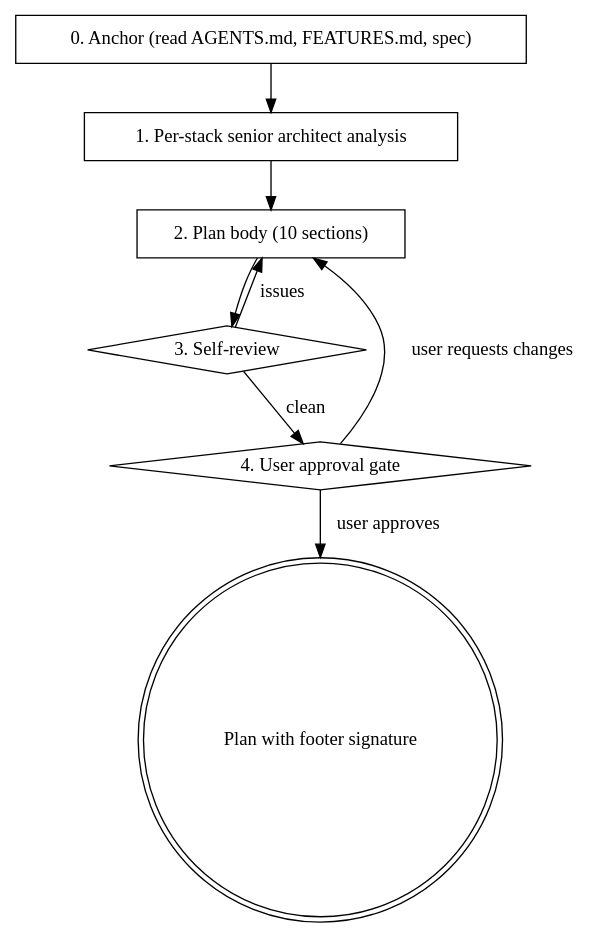
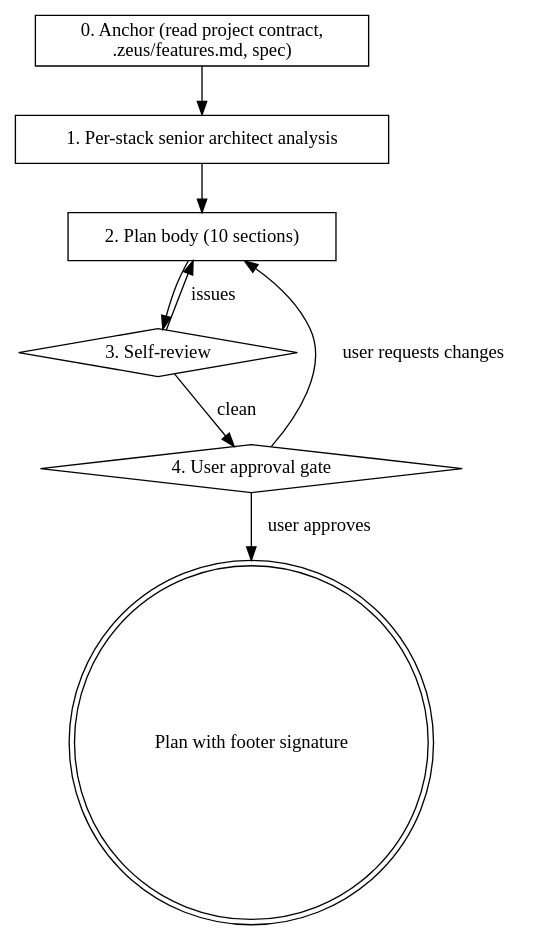
Before and after one commit to rainhan99/zeus: the diagram in skills/writing-plans/SKILL.md, drawn with Graphviz. The commit also changed other lines of this file and 10 other files, not shown here.

````diff
--- a/skills/writing-plans/SKILL.md
+++ b/skills/writing-plans/SKILL.md
@@ -145,18 +145,18 @@
 ```dot
 digraph writing_plans {
-  anchor [label="0. Anchor (read AGENTS.md, FEATURES.md, spec)", shape=box];
+  anchor [label="0. Anchor (read project contract,\n.zeus/features.md, spec)", shape=box];
   arch [label="1. Per-stack senior architect analysis", shape=box];
   body [label="2. Plan body (10 sections)", shape=box];
   selfrev [label="3. Self-review", shape=diamond];
   gate [label="4. User approval gate", shape=diamond];
   signed [label="Plan with footer signature", shape=doublecircle];
 
   anchor -> arch;
   arch -> body;
   body -> selfrev;
   selfrev -> body [label="issues"];
   selfrev -> gate [label="clean"];
   gate -> signed [label="user approves"];
   gate -> body [label="user requests changes"];
 }
 ```
````
